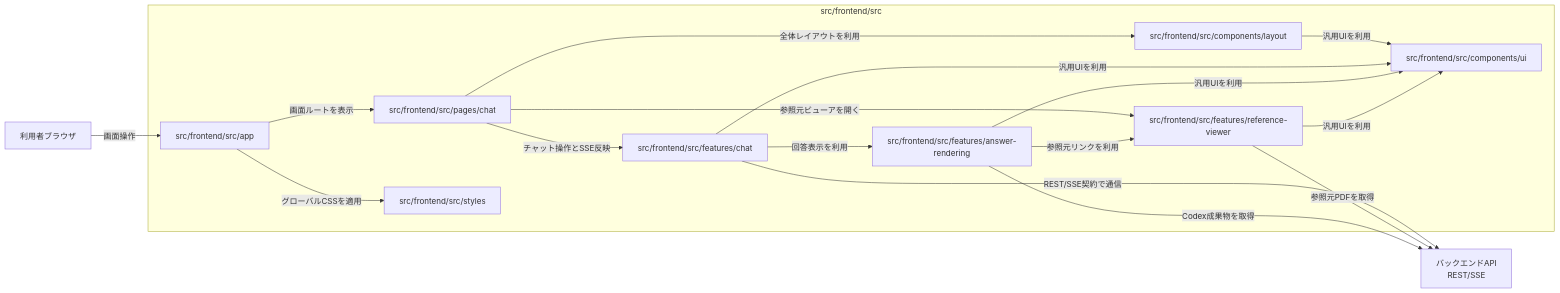
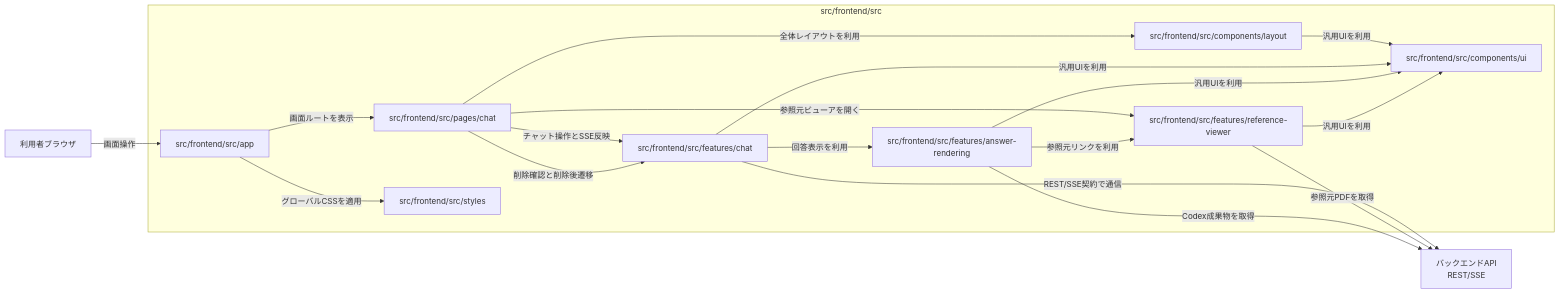
Before and after one commit to mincsys/D-Concierge: the second of 4 diagrams in docs/03_内部設計/01_アーキテクチャ設計/アーキテクチャ設計.md, drawn with Mermaid. The commit also changed other lines of this file and 29 other files, not shown here.

````diff
--- a/docs/03_内部設計/01_アーキテクチャ設計/アーキテクチャ設計.md
+++ b/docs/03_内部設計/01_アーキテクチャ設計/アーキテクチャ設計.md
@@ -113,32 +113,33 @@
 ```mermaid
 flowchart LR
     browser["利用者ブラウザ"]
     backend_api["バックエンドAPI<br>REST/SSE"]
 
     subgraph frontend_src["src/frontend/src"]
         app["src/frontend/src/app"]
         chat_page["src/frontend/src/pages/chat"]
         chat_feature["src/frontend/src/features/chat"]
         answer_feature["src/frontend/src/features/answer-rendering"]
         reference_feature["src/frontend/src/features/reference-viewer"]
         layout["src/frontend/src/components/layout"]
         ui["src/frontend/src/components/ui"]
         styles["src/frontend/src/styles"]
     end
 
     browser -->|画面操作| app
     app -->|画面ルートを表示| chat_page
     app -->|グローバルCSSを適用| styles
     chat_page -->|全体レイアウトを利用| layout
     chat_page -->|チャット操作とSSE反映| chat_feature
+    chat_page -->|削除確認と削除後遷移| chat_feature
     chat_page -->|参照元ビューアを開く| reference_feature
     chat_feature -->|回答表示を利用| answer_feature
     answer_feature -->|参照元リンクを利用| reference_feature
     layout -->|汎用UIを利用| ui
     chat_feature -->|汎用UIを利用| ui
     answer_feature -->|汎用UIを利用| ui
     reference_feature -->|汎用UIを利用| ui
     chat_feature -->|REST/SSE契約で通信| backend_api
     reference_feature -->|参照元PDFを取得| backend_api
     answer_feature -->|Codex成果物を取得| backend_api
 ```
````
